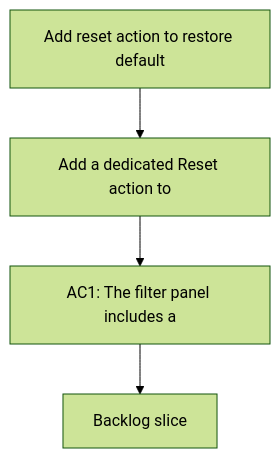
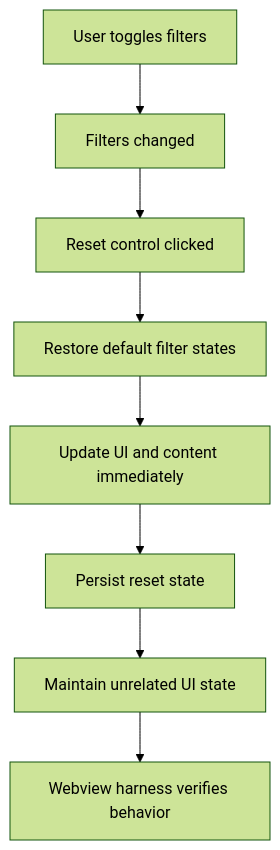
Before and after one commit to AlexAgo83/logics-manager: the diagram in logics/request/req_028_add_reset_action_for_filter_defaults.md, drawn with Mermaid (forest theme). The commit also changed other lines of this file and 54 other files, not shown here.

````diff
--- a/logics/request/req_028_add_reset_action_for_filter_defaults.md
+++ b/logics/request/req_028_add_reset_action_for_filter_defaults.md
@@ -10,8 +10,12 @@
 ```mermaid
 %% logics-kind: request
 %% logics-signature: request|add-reset-action-to-restore-default-filt|add-a-dedicated-reset-action-to|ac1-the-filter-panel-includes-a
 flowchart TD
-    Trigger[Add reset action to restore default] --> Need[Add a dedicated Reset action to]
-    Need --> Outcome[AC1: The filter panel includes a]
-    Outcome --> Backlog[Backlog slice]
+    A[User toggles filters] --> B[Filters changed]
+    B --> C[Reset control clicked]
+    C --> D[Restore default filter states]
+    D --> E[Update UI and content immediately]
+    E --> F[Persist reset state]
+    F --> G[Maintain unrelated UI state]
+    G --> H[Webview harness verifies behavior]
 ```
````
